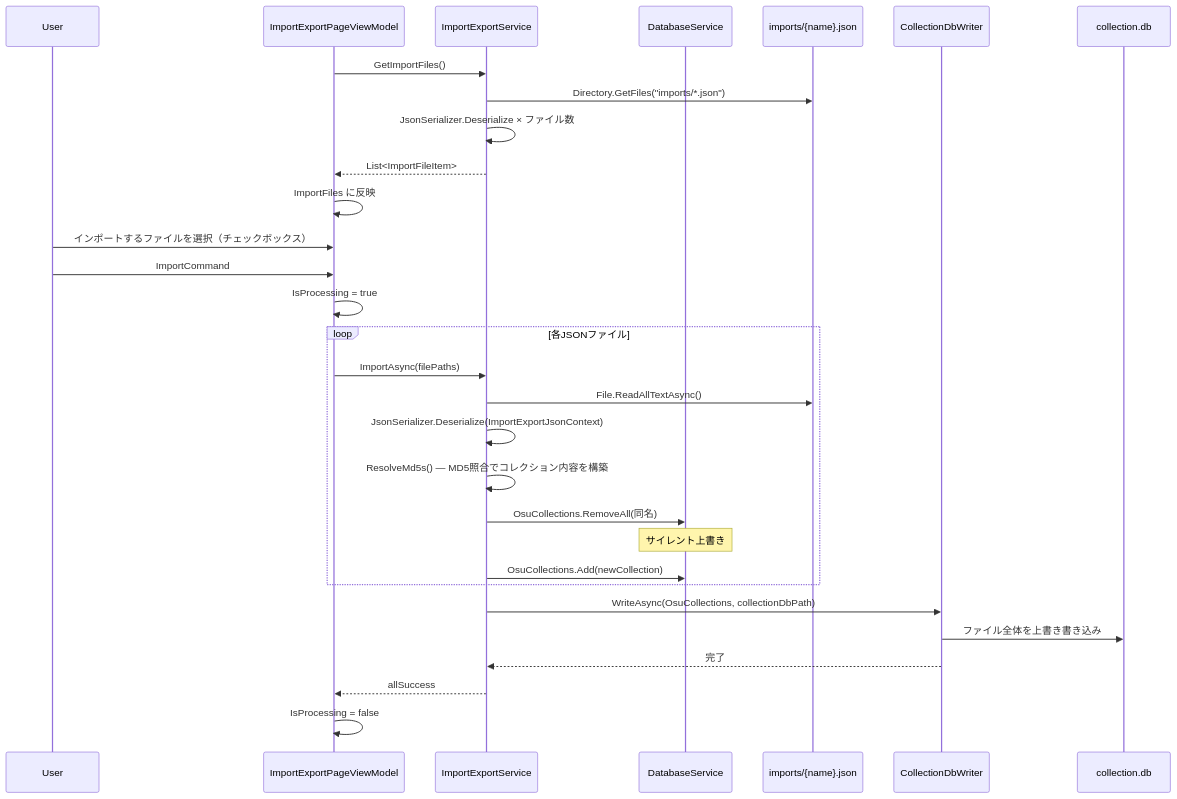
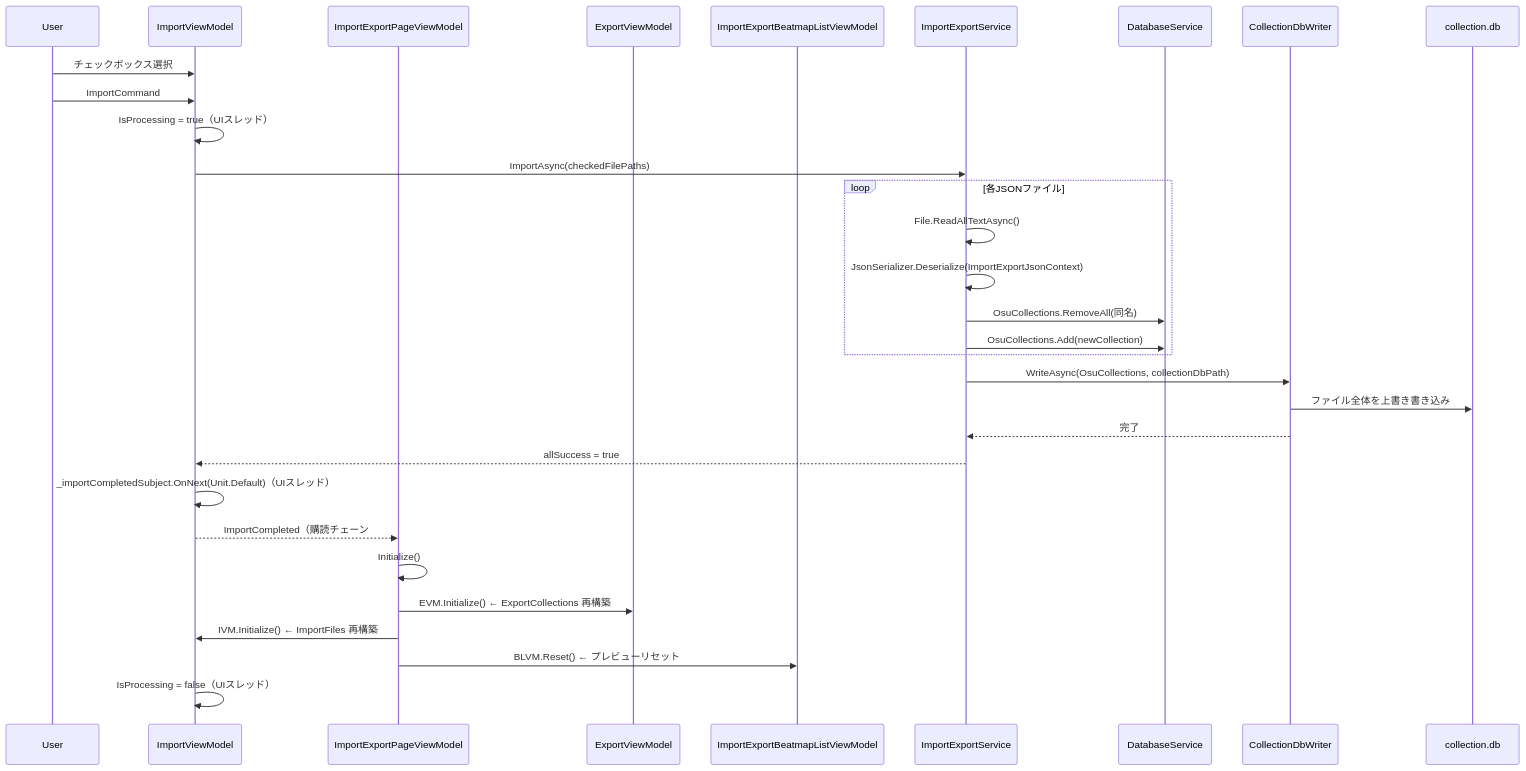
Diagram 12 of 13 in docs/DATA_FLOW.md (rice5941/NakuruTool_Avalonia_AOT), drawn with Mermaid before and after one commit. The commit also changed other lines of this file and 17 other files, not shown here.

Commit message:
import,export,preview分割

````diff
--- a/docs/DATA_FLOW.md
+++ b/docs/DATA_FLOW.md
@@ -458,36 +502,34 @@
 ```mermaid
 sequenceDiagram
     participant User
+    participant IVM as ImportViewModel
     participant IEPVM as ImportExportPageViewModel
+    participant EVM as ExportViewModel
+    participant BLVM as ImportExportBeatmapListViewModel
     participant IES as ImportExportService
     participant DS as DatabaseService
-    participant File as imports/{name}.json
     participant CDW as CollectionDbWriter
     participant CDB as collection.db
 
-    IEPVM->>IES: GetImportFiles()
-    IES->>File: Directory.GetFiles("imports/*.json")
-    IES->>IES: JsonSerializer.Deserialize × ファイル数
-    IES-->>IEPVM: List<ImportFileItem>
-    IEPVM->>IEPVM: ImportFiles に反映
-
-    User->>IEPVM: インポートするファイルを選択（チェックボックス）
-    User->>IEPVM: ImportCommand
-    IEPVM->>IEPVM: IsProcessing = true
-
+    User->>IVM: チェックボックス選択
+    User->>IVM: ImportCommand
+    IVM->>IVM: IsProcessing = true（UIスレッド）
+    IVM->>IES: ImportAsync(checkedFilePaths)
     loop 各JSONファイル
-        IEPVM->>IES: ImportAsync(filePaths)
-        IES->>File: File.ReadAllTextAsync()
+        IES->>IES: File.ReadAllTextAsync()
         IES->>IES: JsonSerializer.Deserialize(ImportExportJsonContext)
-        IES->>IES: ResolveMd5s() — MD5照合でコレクション内容を構築
         IES->>DS: OsuCollections.RemoveAll(同名)
-        Note over DS: サイレント上書き
         IES->>DS: OsuCollections.Add(newCollection)
     end
-
     IES->>CDW: WriteAsync(OsuCollections, collectionDbPath)
     CDW->>CDB: ファイル全体を上書き書き込み
     CDW-->>IES: 完了
-    IES-->>IEPVM: allSuccess
-    IEPVM->>IEPVM: IsProcessing = false
+    IES-->>IVM: allSuccess = true
+    IVM->>IVM: _importCompletedSubject.OnNext(Unit.Default)（UIスレッド）
+    IVM-->>IEPVM: ImportCompleted（購読チェーン#IE-6）
+    IEPVM->>IEPVM: Initialize()
+    IEPVM->>EVM: EVM.Initialize() ← ExportCollections 再構築
+    IEPVM->>IVM: IVM.Initialize() ← ImportFiles 再構築
+    IEPVM->>BLVM: BLVM.Reset() ← プレビューリセット
+    IVM->>IVM: IsProcessing = false（UIスレッド）
 ```
````
